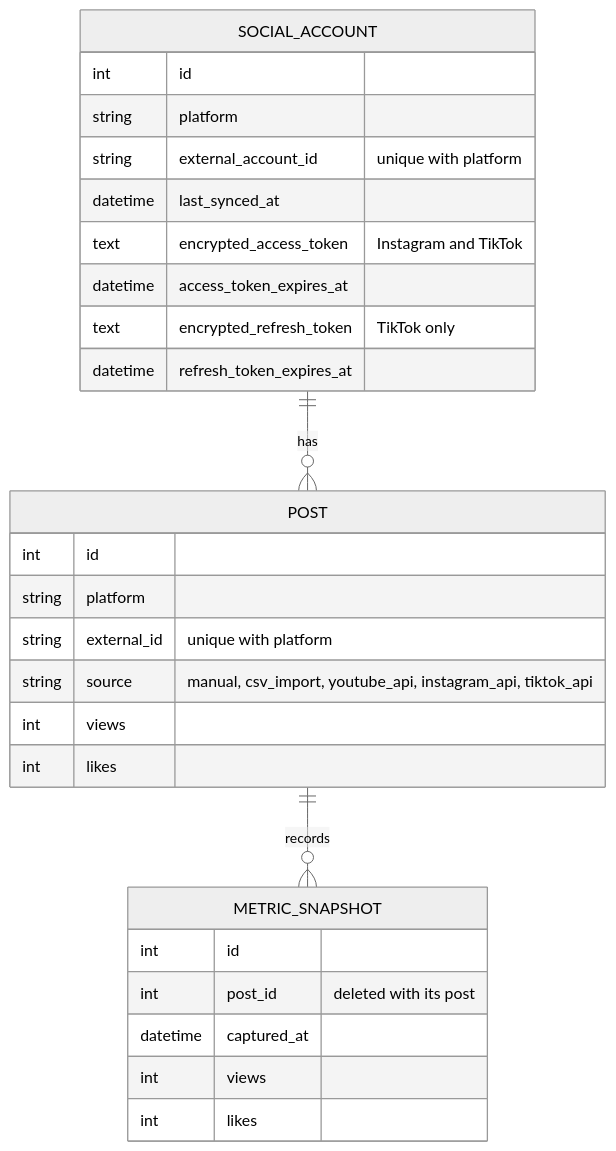
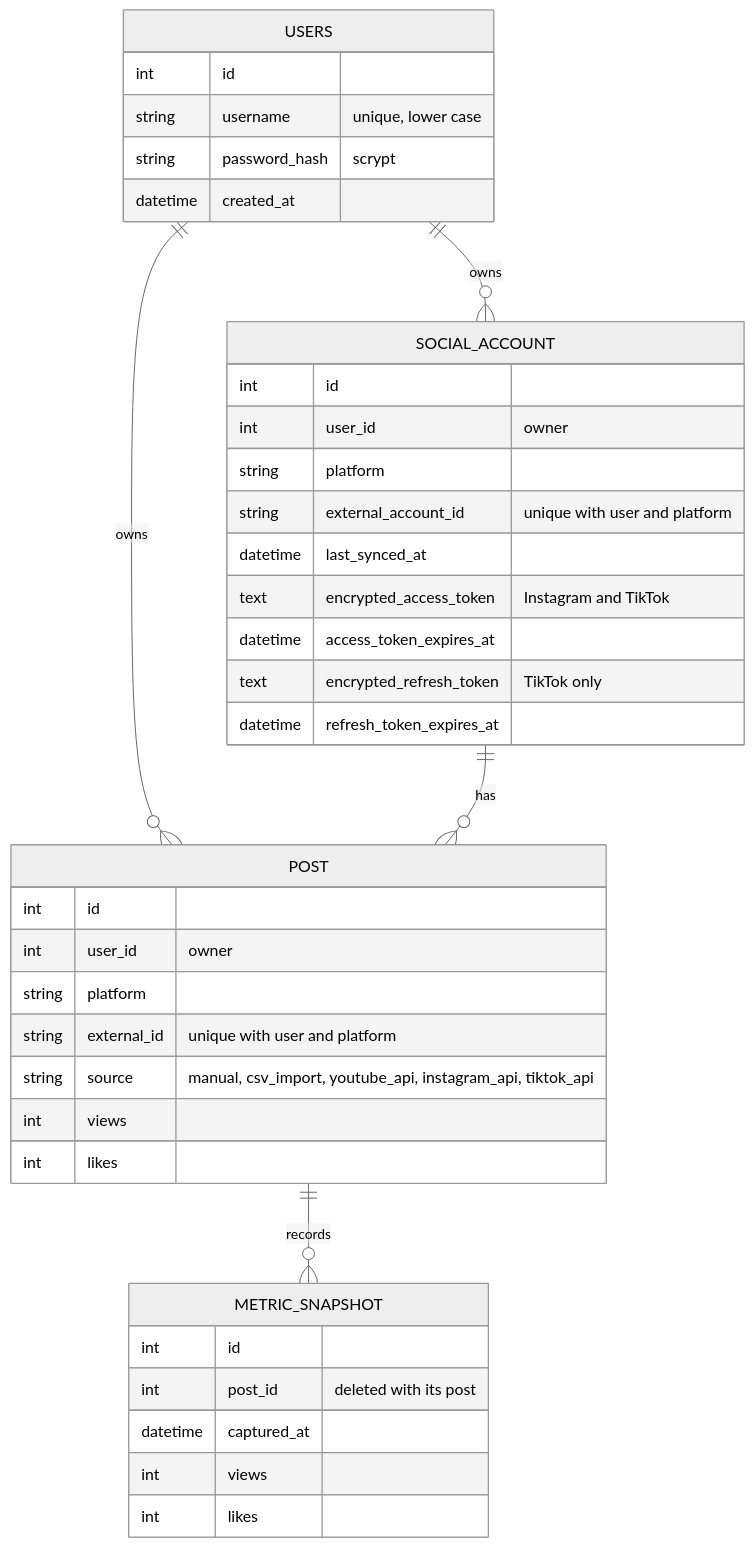
One commit to DuhShmere/Social-Media-Analytics-Tool changed the second of 2 diagrams in docs/ARCHITECTURE.md. Above: the diagram before and after it, drawn with Mermaid (neutral theme). The commit also changed other lines of this file and 41 other files, not shown here.

````diff
--- a/docs/ARCHITECTURE.md
+++ b/docs/ARCHITECTURE.md
@@ -36,30 +36,40 @@
 ```mermaid
 erDiagram
+    USERS ||--o{ SOCIAL_ACCOUNT : "owns"
+    USERS ||--o{ POST : "owns"
     SOCIAL_ACCOUNT ||--o{ POST : "has"
     POST ||--o{ METRIC_SNAPSHOT : "records"
+    USERS {
+        int id
+        string username "unique, lower case"
+        string password_hash "scrypt"
+        datetime created_at
+    }
     SOCIAL_ACCOUNT {
         int id
+        int user_id "owner"
         string platform
-        string external_account_id "unique with platform"
+        string external_account_id "unique with user and platform"
         datetime last_synced_at
         text encrypted_access_token "Instagram and TikTok"
         datetime access_token_expires_at
         text encrypted_refresh_token "TikTok only"
         datetime refresh_token_expires_at
     }
     POST {
         int id
+        int user_id "owner"
         string platform
-        string external_id "unique with platform"
+        string external_id "unique with user and platform"
         string source "manual, csv_import, youtube_api, instagram_api, tiktok_api"
         int views
         int likes
     }
     METRIC_SNAPSHOT {
         int id
         int post_id "deleted with its post"
         datetime captured_at
         int views
         int likes
     }
 ```
````
